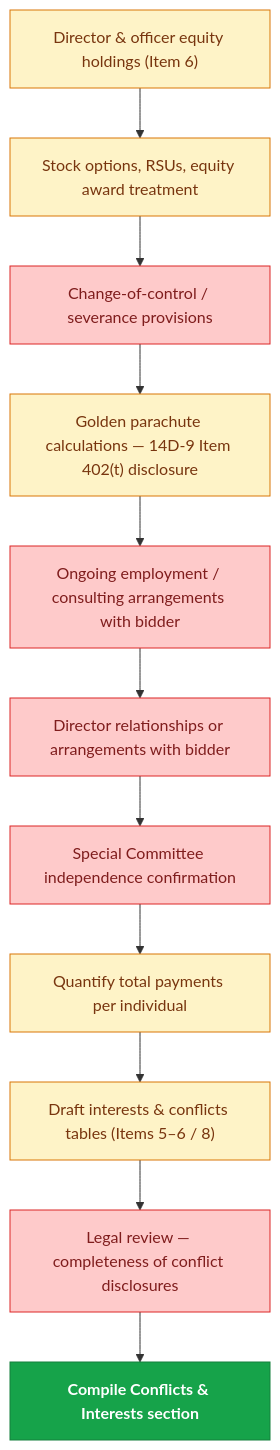
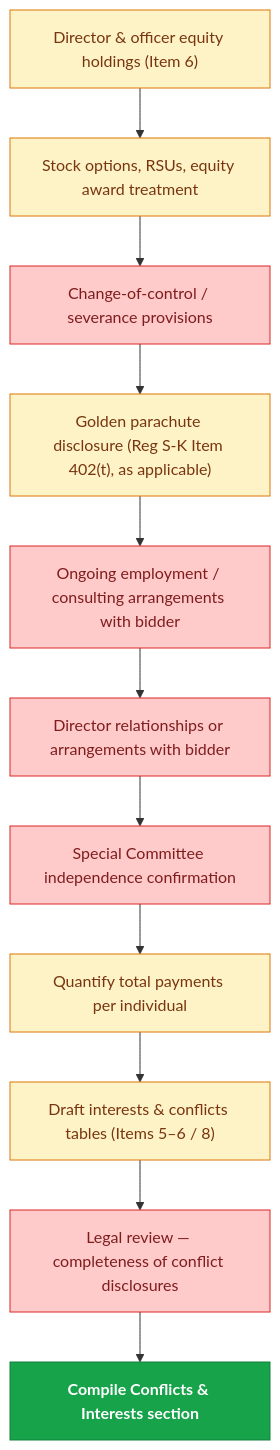
The tenth of 14 diagrams in README.md (mrchanpark/14D-9), drawn with Mermaid before and after one commit. The commit also changed other lines of this file and 2 other files, not shown here.

````diff
--- a/README.md
+++ b/README.md
@@ -225,16 +225,16 @@
 ```mermaid
 flowchart TD
   A["Director & officer equity holdings (Item 6)"]:::yel --> B["Stock options, RSUs, equity award treatment"]:::yel
   B --> C["Change-of-control / severance provisions"]:::red
-  C --> D["Golden parachute calculations — 14D-9 Item 402(t) disclosure"]:::yel
+  C --> D["Golden parachute disclosure (Reg S-K Item 402(t), as applicable)"]:::yel
   D --> E["Ongoing employment / consulting arrangements with bidder"]:::red
   E --> F["Director relationships or arrangements with bidder"]:::red
   F --> G["Special Committee independence confirmation"]:::red
   G --> H["Quantify total payments per individual"]:::yel
   H --> I["Draft interests & conflicts tables (Items 5–6 / 8)"]:::yel
   I --> J["Legal review — completeness of conflict disclosures"]:::red
   J --> K["Compile Conflicts & Interests section"]:::grnC
   classDef red fill:#fecaca,stroke:#dc2626,color:#7f1d1d
   classDef yel fill:#fef3c7,stroke:#d97706,color:#78350f
   classDef grnC fill:#16a34a,stroke:#15803d,color:#fff,font-weight:700
 ```
````
